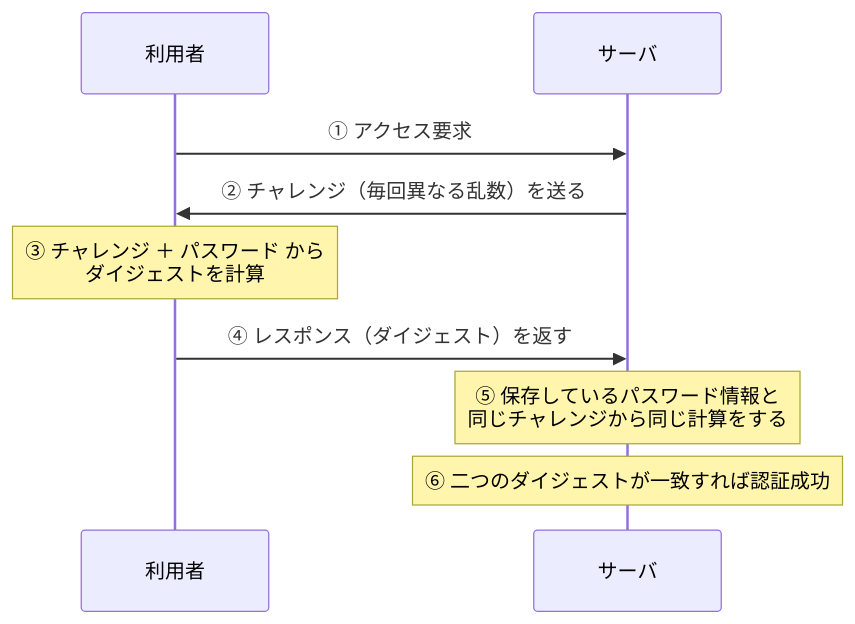
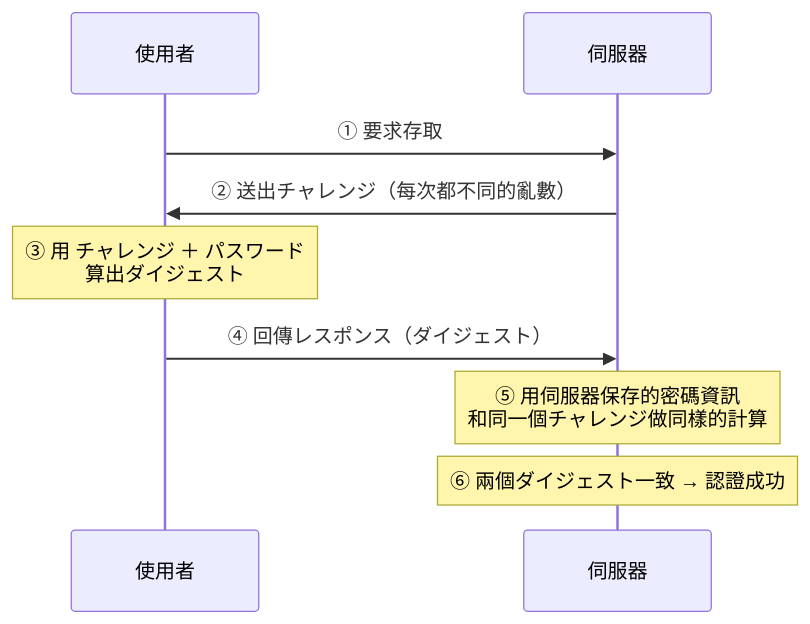
One commit to hakudevtw/cert_jp_sg changed the diagram in sg-vocab/ch2-暗号と認証/2-9-利用者認証.md. Above: the diagram before and after it, drawn with Mermaid. The commit also changed other lines of this file and 29 other files, not shown here.

````diff
--- a/sg-vocab/ch2-暗号と認証/2-9-利用者認証.md
+++ b/sg-vocab/ch2-暗号と認証/2-9-利用者認証.md
@@ -95,11 +147,11 @@
 ```mermaid
 sequenceDiagram
-    participant U as 利用者
-    participant S as サーバ
-    U->>S: ① アクセス要求
-    S->>U: ② チャレンジ（毎回異なる乱数）を送る
-    Note over U: ③ チャレンジ ＋ パスワード から<br/>ダイジェストを計算
-    U->>S: ④ レスポンス（ダイジェスト）を返す
-    Note over S: ⑤ 保存しているパスワード情報と<br/>同じチャレンジから同じ計算をする
-    Note over S: ⑥ 二つのダイジェストが一致すれば認証成功
+    participant U as 使用者
+    participant S as 伺服器
+    U->>S: ① 要求存取
+    S->>U: ② 送出チャレンジ（每次都不同的亂數）
+    Note over U: ③ 用 チャレンジ ＋ パスワード<br/>算出ダイジェスト
+    U->>S: ④ 回傳レスポンス（ダイジェスト）
+    Note over S: ⑤ 用伺服器保存的密碼資訊<br/>和同一個チャレンジ做同樣的計算
+    Note over S: ⑥ 兩個ダイジェスト一致 → 認證成功
 ```
````
